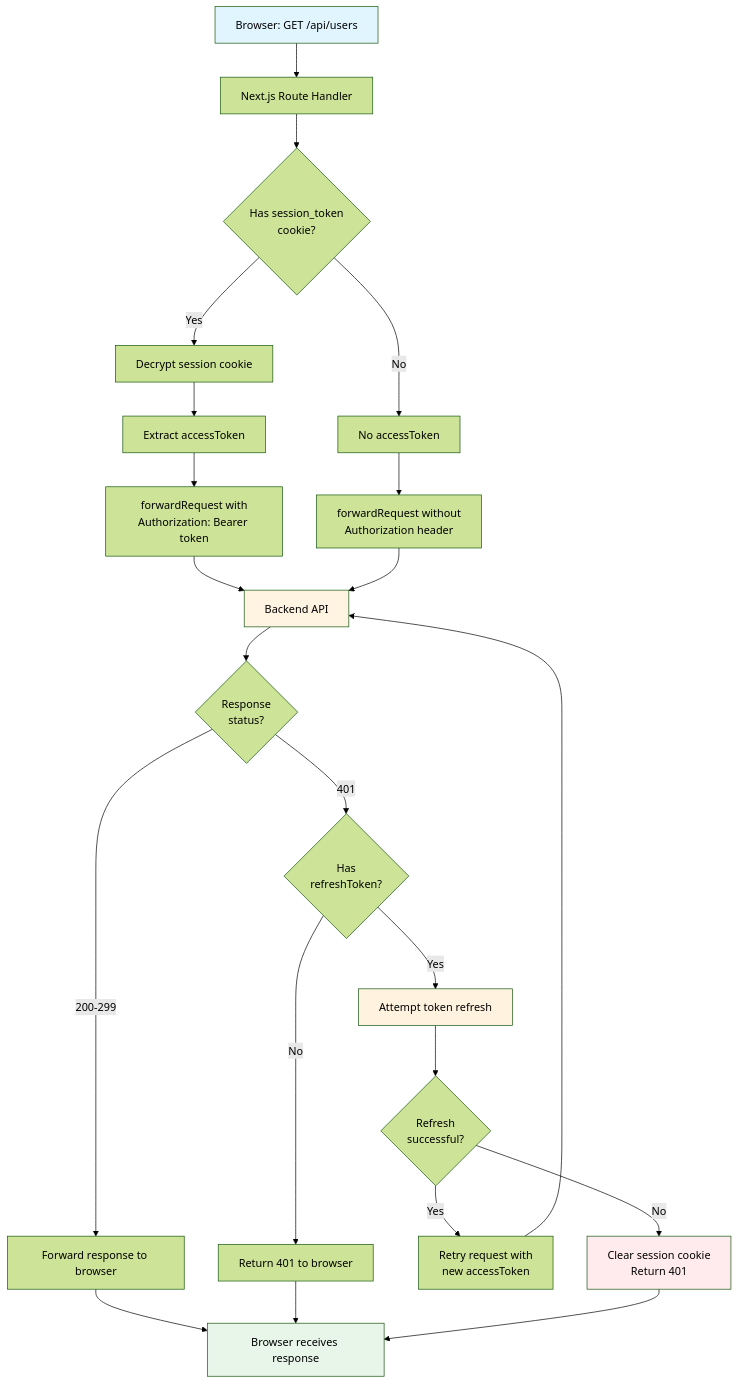
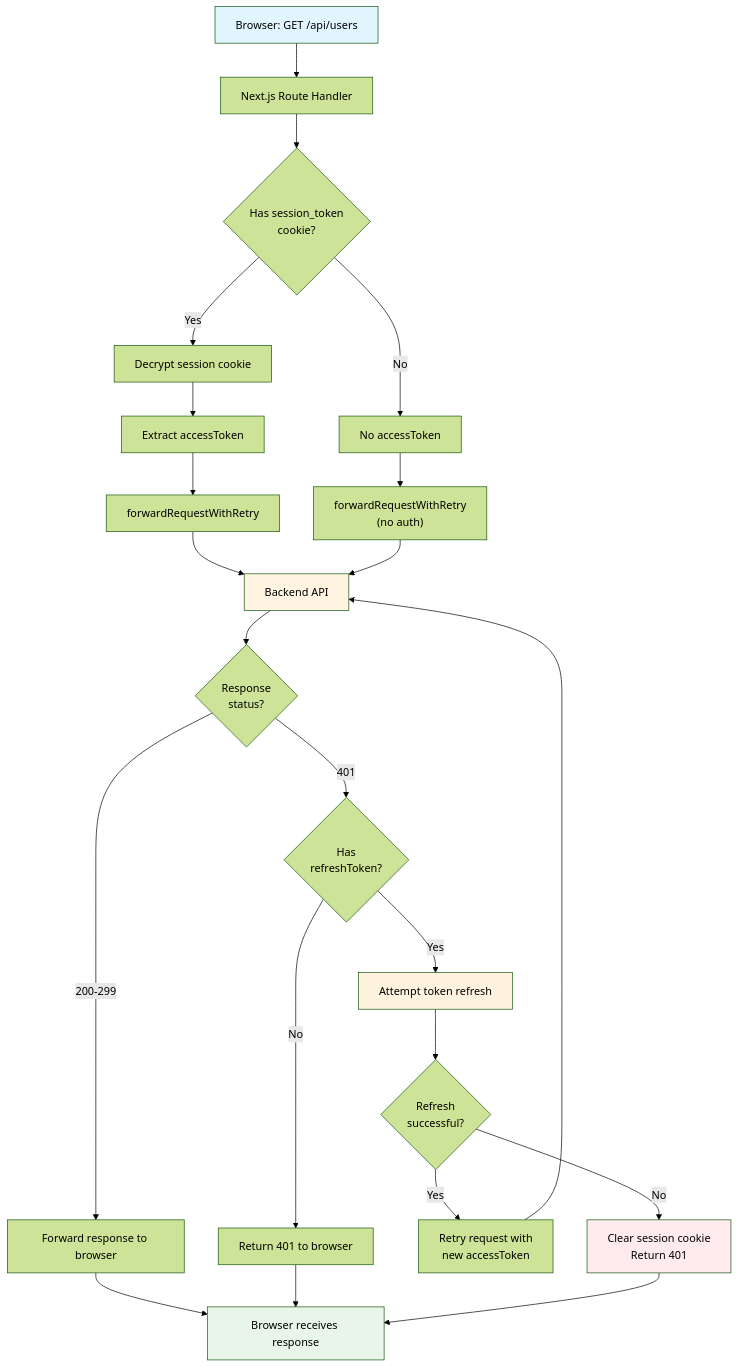
Before and after one commit to kisstamasj/nestjs-nextjs-api-proxy: the third of 7 diagrams in API_PROXY_GUIDE.md, drawn with Mermaid (forest theme). The commit also changed other lines of this file, not shown here.

Commit message:
feat: introduce `rememberMe` option, add robust retry logic and streaming for file uploads, and consolidate proxy utilities

````diff
--- a/API_PROXY_GUIDE.md
+++ b/API_PROXY_GUIDE.md
@@ -152,30 +154,30 @@
 ```mermaid
 flowchart TD
     A[Browser: GET /api/users] --> B[Next.js Route Handler]
     B --> C{Has session_token<br/>cookie?}
     C -->|Yes| D[Decrypt session cookie]
     C -->|No| E[No accessToken]
     D --> F[Extract accessToken]
-    F --> G[forwardRequest with<br/>Authorization: Bearer token]
-    E --> H[forwardRequest without<br/>Authorization header]
+    F --> G[forwardRequestWithRetry]
+    E --> H["forwardRequestWithRetry<br/>(no auth)"]
     G --> I[Backend API]
     H --> I
     I --> J{Response<br/>status?}
     J -->|200-299| K[Forward response to browser]
     J -->|401| L{Has<br/>refreshToken?}
     L -->|Yes| M[Attempt token refresh]
     L -->|No| N[Return 401 to browser]
     M --> O{Refresh<br/>successful?}
     O -->|Yes| P[Retry request with<br/>new accessToken]
     O -->|No| Q[Clear session cookie<br/>Return 401]
     P --> I
     K --> R[Browser receives response]
     N --> R
     Q --> R
     
     style A fill:#e1f5ff
     style I fill:#fff4e1
     style R fill:#e8f5e9
     style M fill:#fff3e0
     style Q fill:#ffebee
 ```
````
